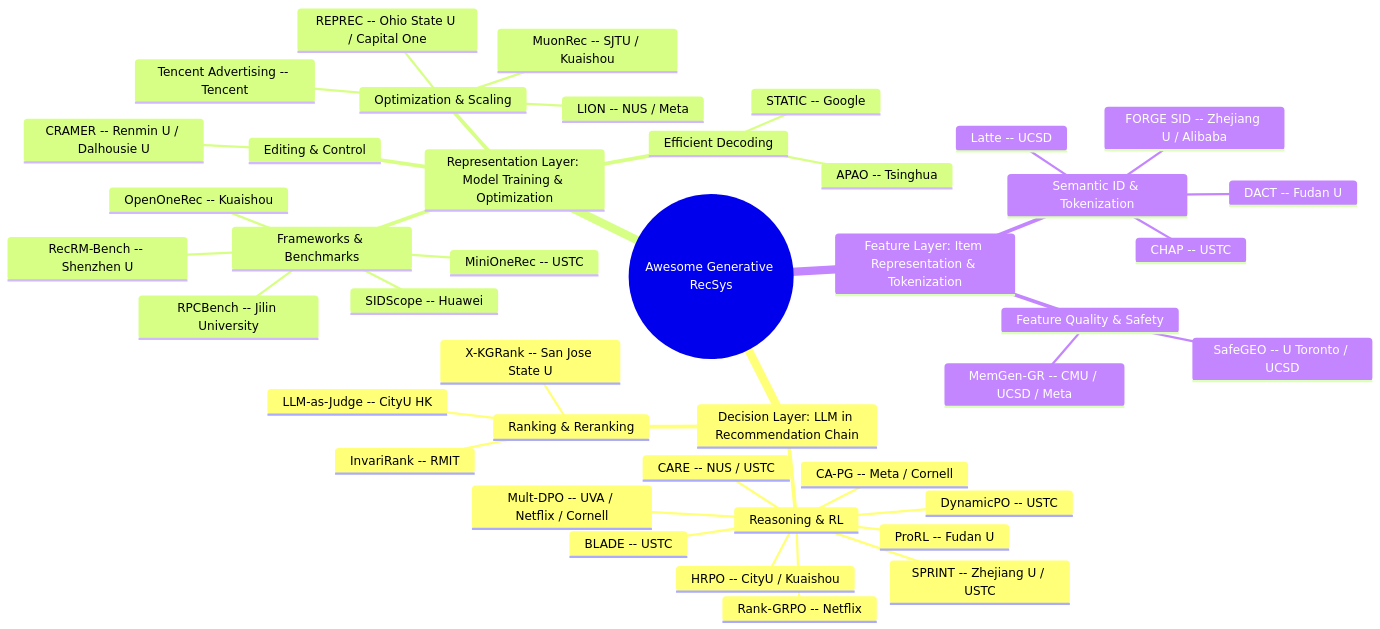
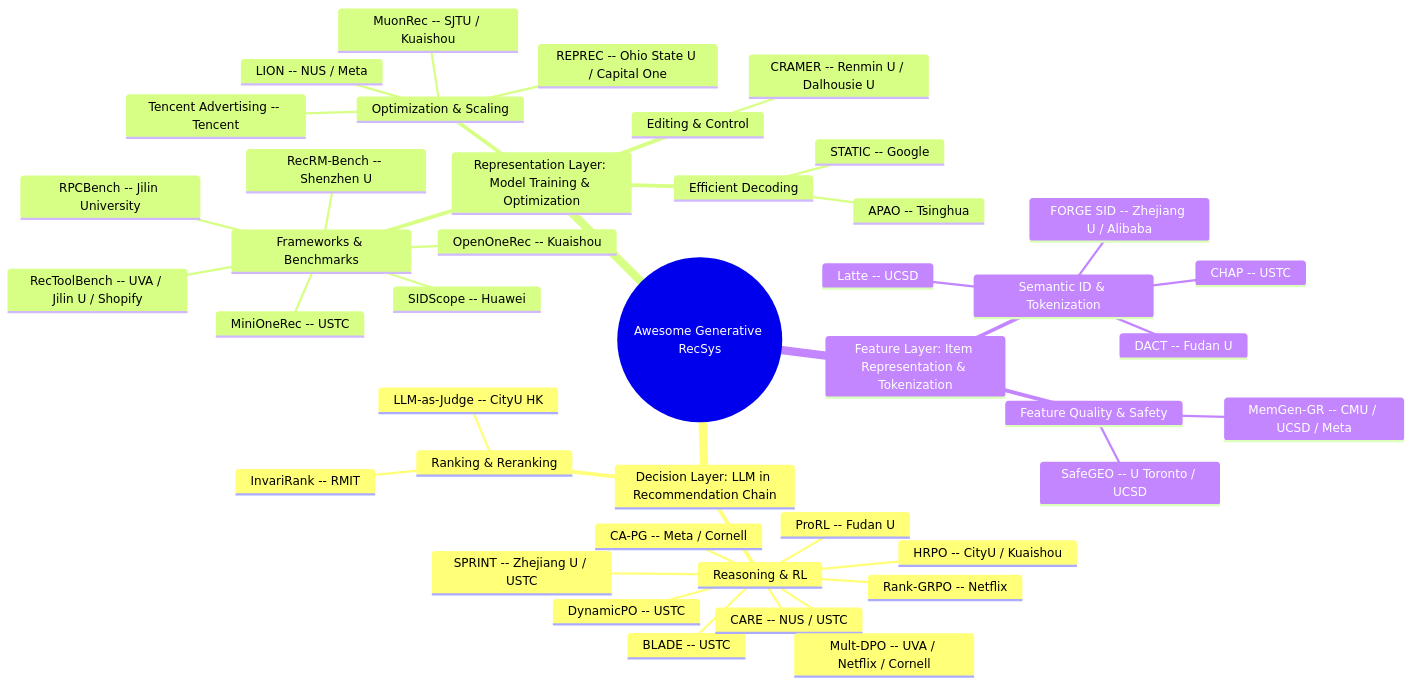
One commit to HaFred/awesome-generative-recsys changed the diagram in README.md. Above: the diagram before and after it, drawn with Mermaid. The commit also changed other lines of this file and 3 other files, not shown here.

Commit message:
feat: Sep 28 — 5 papers (1 opensource: RecToolBench): T-RoPE, KuaFu, UA-TWM, AgentRecommender; archive Sep 17

````diff
--- a/README.md
+++ b/README.md
@@ -30,46 +30,46 @@
 ```mermaid
 mindmap
   root((Awesome Generative RecSys))
     Decision Layer: LLM in Recommendation Chain
       Reasoning & RL
         Rank-GRPO -- Netflix
         DynamicPO -- USTC
         BLADE -- USTC
         SPRINT -- Zhejiang U / USTC
         CARE -- NUS / USTC
         HRPO -- CityU / Kuaishou
         Mult-DPO -- UVA / Netflix / Cornell
         CA-PG -- Meta / Cornell
         ProRL -- Fudan U
       Ranking & Reranking
-        X-KGRank -- San Jose State U
         InvariRank -- RMIT
         LLM-as-Judge -- CityU HK
     Representation Layer: Model Training & Optimization
       Editing & Control
         CRAMER -- Renmin U / Dalhousie U
       Frameworks & Benchmarks
         MiniOneRec -- USTC
         OpenOneRec -- Kuaishou
         RecRM-Bench -- Shenzhen U
         SIDScope -- Huawei
         RPCBench -- Jilin University
+        RecToolBench -- UVA / Jilin U / Shopify
       Efficient Decoding
         STATIC -- Google
         APAO -- Tsinghua
       Optimization & Scaling
         MuonRec -- SJTU / Kuaishou
         REPREC -- Ohio State U / Capital One
         Tencent Advertising -- Tencent
         LION -- NUS / Meta
     Feature Layer: Item Representation & Tokenization
       Semantic ID & Tokenization
         Latte -- UCSD
         FORGE SID -- Zhejiang U / Alibaba
         DACT -- Fudan U
         CHAP -- USTC
       Feature Quality & Safety
         SafeGEO -- U Toronto / UCSD
         MemGen-GR -- CMU / UCSD / Meta
 
 ```
````
